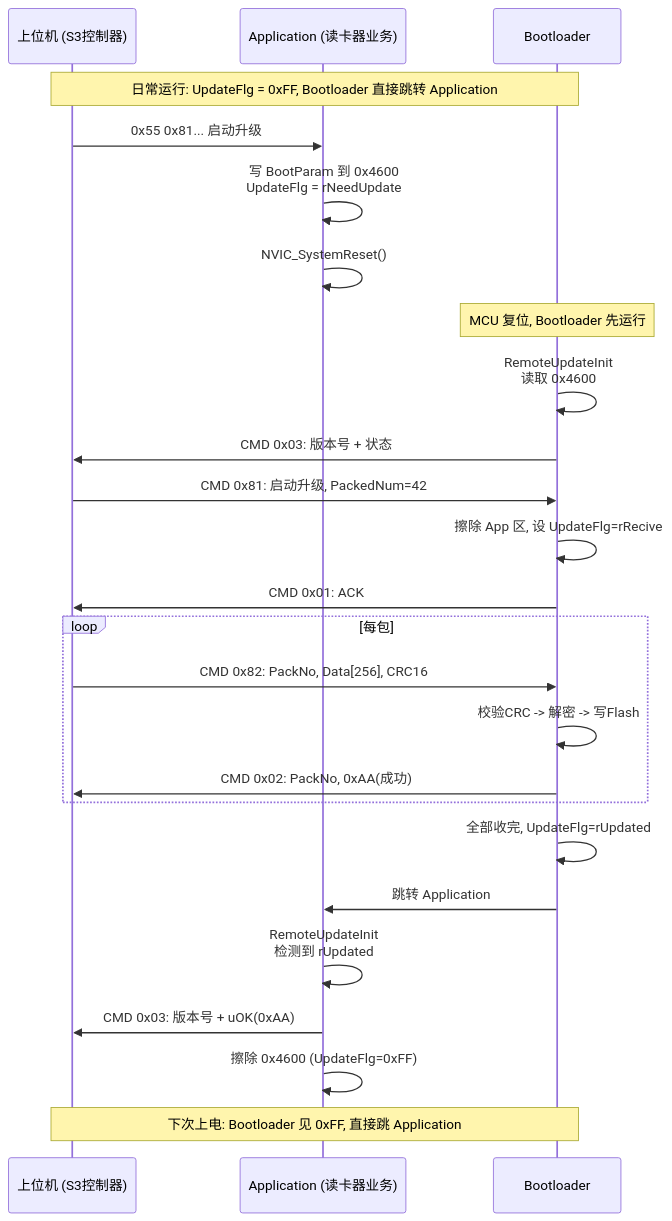
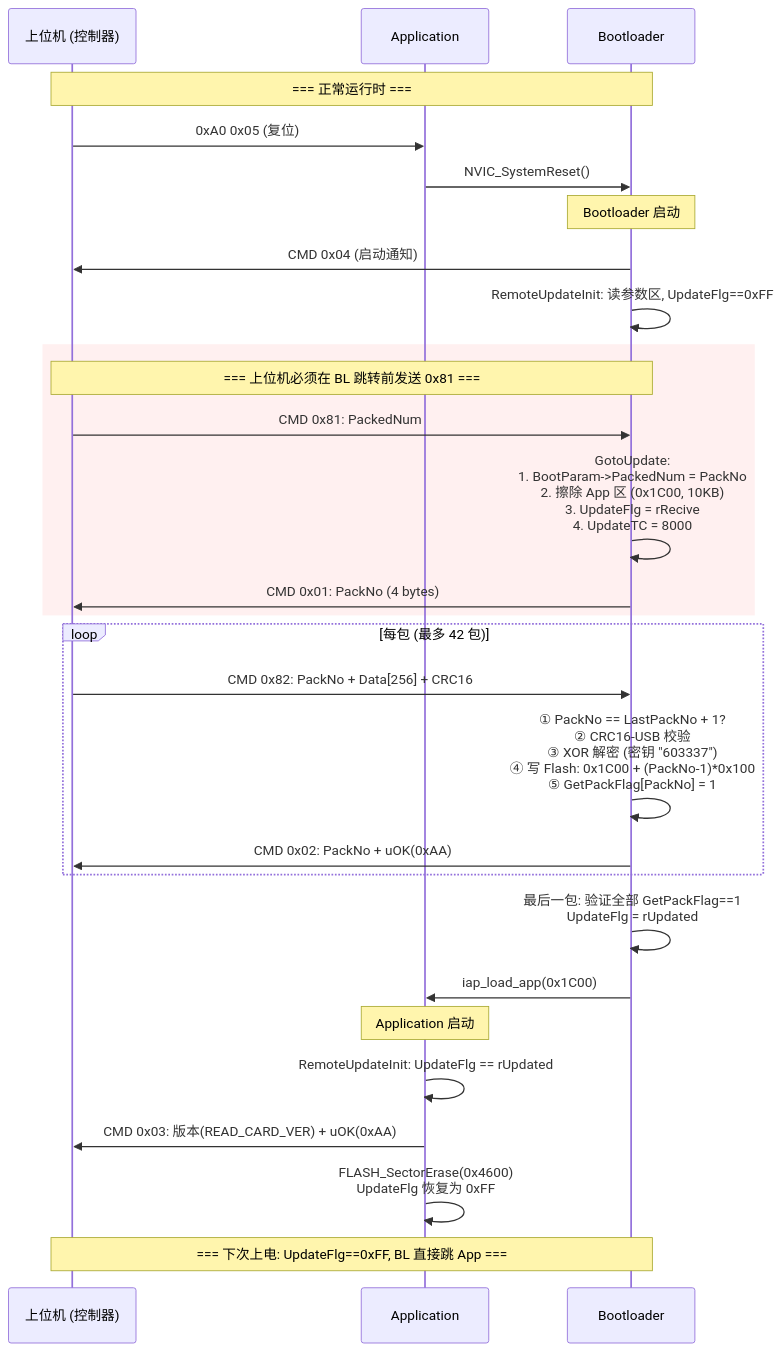
Before and after one commit to Siaiai/ObsidianNote: the ninth of 10 diagrams in 工作/SR3读卡器/260802SR3读卡器需求.md, drawn with Mermaid. The commit also changed other lines of this file, not shown here.

````diff
--- a/工作/SR3读卡器/260802SR3读卡器需求.md
+++ b/工作/SR3读卡器/260802SR3读卡器需求.md
@@ -641,35 +679,37 @@
 ```mermaid
 sequenceDiagram
-    participant Host as 上位机 (S3控制器)
-    participant APP as Application (读卡器业务)
+    participant Host as 上位机 (控制器)
+    participant App as Application
     participant BL as Bootloader
 
-    Note over Host,BL: 日常运行: UpdateFlg = 0xFF, Bootloader 直接跳转 Application
+    Note over Host,BL: === 正常运行时 ===
+    Host->>App: 0xA0 0x05 (复位)
+    App->>BL: NVIC_SystemReset()
 
-    Host->>APP : 0x55 0x81... 启动升级
-    APP->>APP : 写 BootParam 到 0x4600<br/>UpdateFlg = rNeedUpdate
-    APP->>APP : NVIC_SystemReset()
+    Note over BL: Bootloader 启动
+    BL->>Host: CMD 0x04 (启动通知)
+    BL->>BL: RemoteUpdateInit: 读参数区, UpdateFlg==0xFF
 
-    Note over BL: MCU 复位, Bootloader 先运行
-    BL->>BL : RemoteUpdateInit<br/>读取 0x4600
-    BL->>Host : CMD 0x03: 版本号 + 状态
-
-    Host->>BL : CMD 0x81: 启动升级, PackedNum=42
-    BL->>BL : 擦除 App 区, 设 UpdateFlg=rRecive
-    BL->>Host : CMD 0x01: ACK
-
-    loop 每包
-        Host->>BL : CMD 0x82: PackNo, Data[256], CRC16
-        BL->>BL : 校验CRC -> 解密 -> 写Flash
-        BL->>Host : CMD 0x02: PackNo, 0xAA(成功)
+    rect rgb(255, 240, 240)
+        Note over Host,BL: === 上位机必须在 BL 跳转前发送 0x81 ===
+        Host->>BL: CMD 0x81: PackedNum
+        BL->>BL: GotoUpdate:<br/>1. BootParam->PackedNum = PackNo<br/>2. 擦除 App 区 (0x1C00, 10KB)<br/>3. UpdateFlg = rRecive<br/>4. UpdateTC = 8000
+        BL->>Host: CMD 0x01: PackNo (4 bytes)
     end
 
-    BL->>BL : 全部收完, UpdateFlg=rUpdated
-    BL->>APP : 跳转 Application
+    loop 每包 (最多 42 包)
+        Host->>BL: CMD 0x82: PackNo + Data[256] + CRC16
+        BL->>BL: ① PackNo == LastPackNo + 1?<br/>② CRC16-USB 校验<br/>③ XOR 解密 (密钥 "603337")<br/>④ 写 Flash: 0x1C00 + (PackNo-1)*0x100<br/>⑤ GetPackFlag[PackNo] = 1
+        BL->>Host: CMD 0x02: PackNo + uOK(0xAA)
+    end
 
-    APP->>APP : RemoteUpdateInit<br/>检测到 rUpdated
-    APP->>Host : CMD 0x03: 版本号 + uOK(0xAA)
-    APP->>APP : 擦除 0x4600 (UpdateFlg=0xFF)
+    BL->>BL: 最后一包: 验证全部 GetPackFlag==1<br/>UpdateFlg = rUpdated
+    BL->>App: iap_load_app(0x1C00)
 
-    Note over Host,BL: 下次上电: Bootloader 见 0xFF, 直接跳 Application
+    Note over App: Application 启动
+    App->>App: RemoteUpdateInit: UpdateFlg == rUpdated
+    App->>Host: CMD 0x03: 版本(READ_CARD_VER) + uOK(0xAA)
+    App->>App: FLASH_SectorErase(0x4600)<br/>UpdateFlg 恢复为 0xFF
+
+    Note over Host,BL: === 下次上电: UpdateFlg==0xFF, BL 直接跳 App ===
 ```
````
